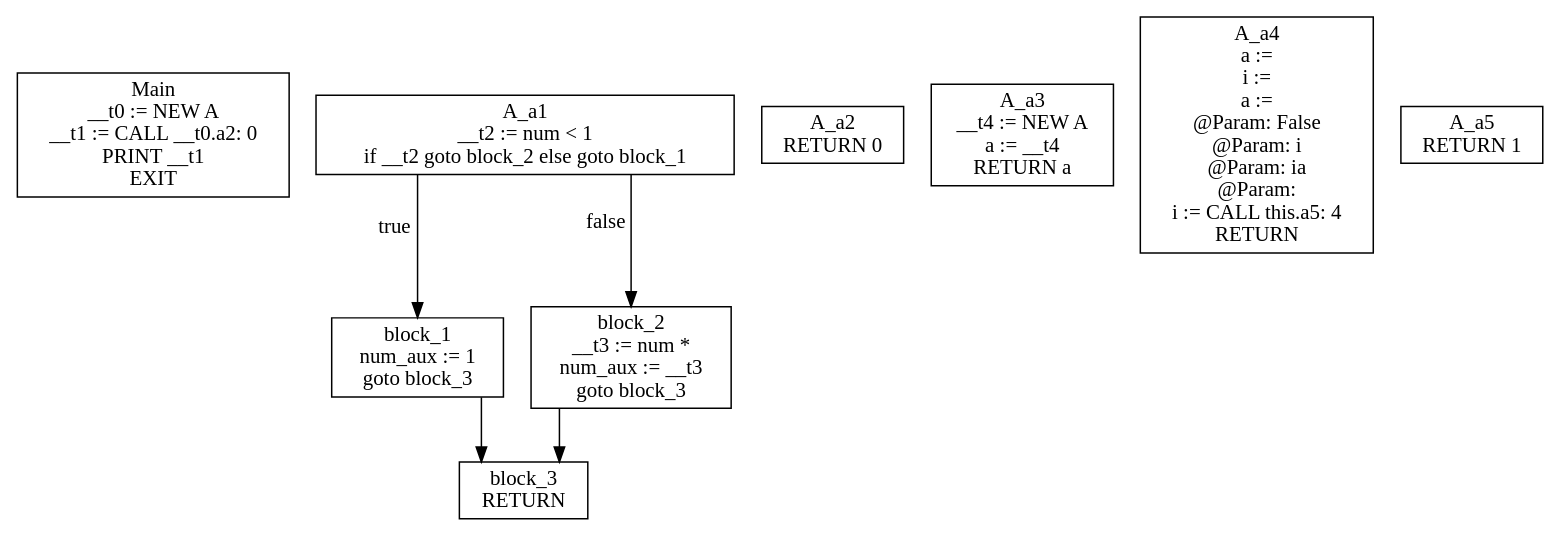
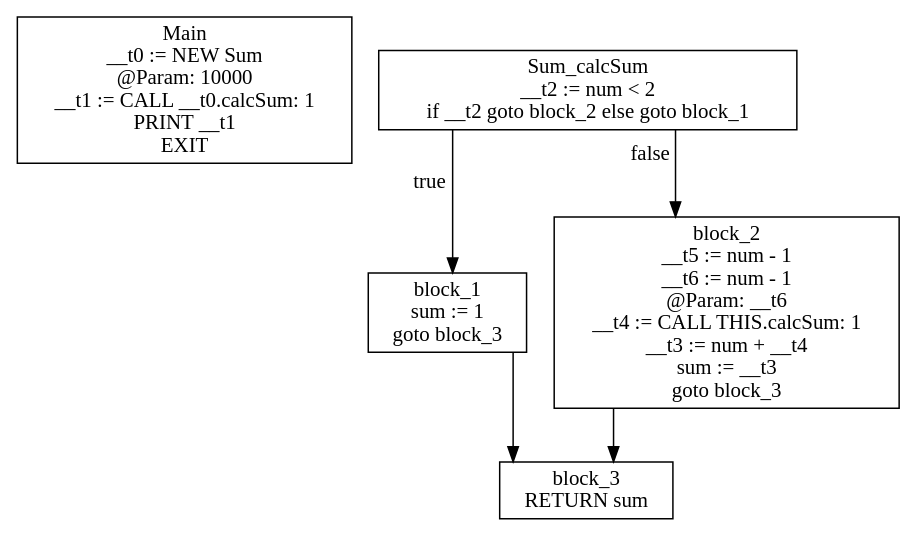
The diagram in gettingStarted/cfg.dot (KarmaSora/Compiler), drawn with Graphviz before and after one commit. The commit also changed 6 other files, not shown here.

```diff
--- a/gettingStarted/cfg.dot
+++ b/gettingStarted/cfg.dot
@@ -1,17 +1,13 @@
 digraph CFG {
 graph [splines=ortho];
 node [shape=box];
-Main [label="Main\n__t0 := NEW A\n__t1 := CALL __t0.a2: 0\nPRINT __t1\nEXIT\n"];
-A_a1 -> block_1 [xlabel="true"];
-A_a1 -> block_2 [xlabel="false"];
-A_a1 [label="A_a1\n__t2 := num < 1\nif __t2 goto block_2 else goto block_1\n"];
+Main [label="Main\n__t0 := NEW Sum\n @Param: 10000\n__t1 := CALL __t0.calcSum: 1\nPRINT __t1\nEXIT\n"];
+Sum_calcSum -> block_1 [xlabel="true"];
+Sum_calcSum -> block_2 [xlabel="false"];
+Sum_calcSum [label="Sum_calcSum\n__t2 := num < 2\nif __t2 goto block_2 else goto block_1\n"];
 block_1 -> block_3;
-block_1 [label="block_1\nnum_aux := 1\ngoto block_3\n"];
+block_1 [label="block_1\nsum := 1\ngoto block_3\n"];
 block_2 -> block_3;
-block_2 [label="block_2\n__t3 := num * \nnum_aux := __t3\ngoto block_3\n"];
-block_3 [label="block_3\nRETURN \n"];
-A_a2 [label="A_a2\nRETURN 0\n"];
-A_a3 [label="A_a3\n__t4 := NEW A\na := __t4\nRETURN a\n"];
-A_a4 [label="A_a4\na := \ni := \na := \n @Param: False\n @Param: i\n @Param: ia\n @Param: \ni := CALL this.a5: 4\nRETURN \n"];
-A_a5 [label="A_a5\nRETURN 1\n"];
+block_2 [label="block_2\n__t5 := num - 1\n__t6 := num - 1\n @Param: __t6\n__t4 := CALL THIS.calcSum: 1\n__t3 := num + __t4\nsum := __t3\ngoto block_3\n"];
+block_3 [label="block_3\nRETURN sum\n"];
 }
```
